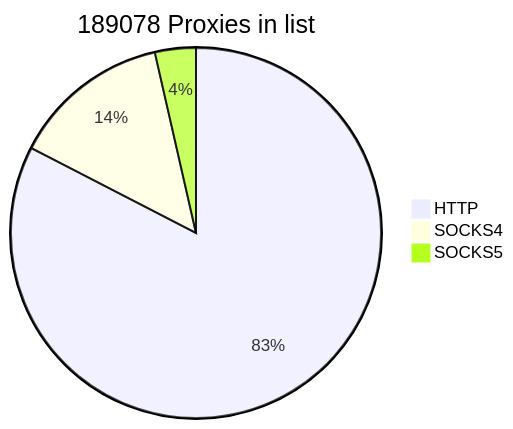
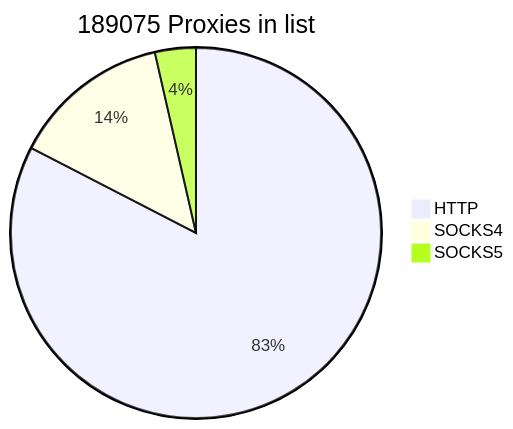
Before and after one commit to cutipu/proxylist: the first of 2 diagrams in README.md, drawn with Mermaid. The commit also changed other lines of this file, not shown here.

````diff
--- a/README.md
+++ b/README.md
@@ -9,7 +9,7 @@
 ```mermaid
-pie title 189078 Proxies in list
-    "HTTP" : 156135
+pie title 189075 Proxies in list
+    "HTTP" : 156133
     "SOCKS4" : 26196
-    "SOCKS5" : 6747
+    "SOCKS5" : 6746
             
 ```
````
